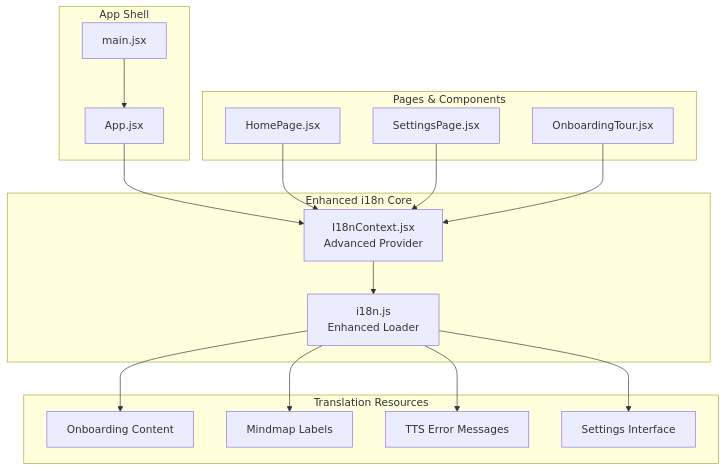
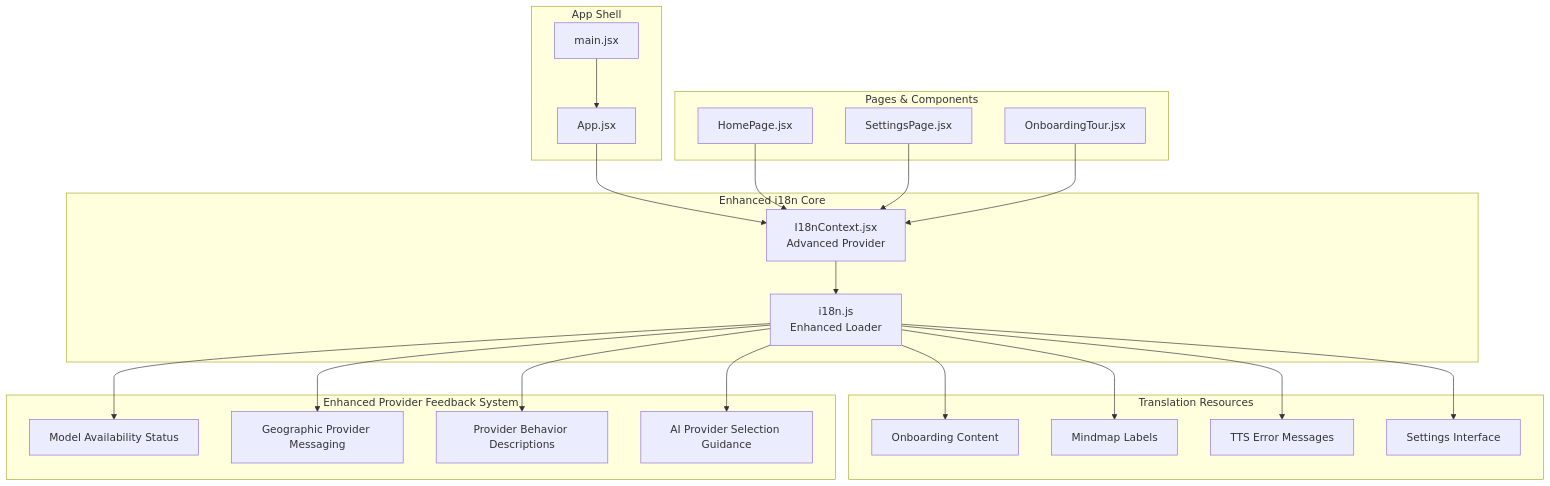
The first of 5 diagrams in .qoder/repowiki/en/content/Utility Libraries/Internationalization (i18n).md (zmyeo54/briefroom), drawn with Mermaid before and after one commit. The commit also changed other lines of this file and 42 other files, not shown here.

````diff
--- a/.qoder/repowiki/en/content/Utility Libraries/Internationalization (i18n).md
+++ b/.qoder/repowiki/en/content/Utility Libraries/Internationalization (i18n).md
@@ -46,32 +46,42 @@
 ```mermaid
 graph TB
 subgraph "Enhanced i18n Core"
 I18nJS["i18n.js<br/>Enhanced Loader"]
 I18nCtx["I18nContext.jsx<br/>Advanced Provider"]
 end
 subgraph "Translation Resources"
 Onboarding["Onboarding Content"]
 Mindmap["Mindmap Labels"]
 TTS["TTS Error Messages"]
 Settings["Settings Interface"]
+end
+subgraph "Enhanced Provider Feedback System"
+ModelStatus["Model Availability Status"]
+RegionalMessaging["Geographic Provider Messaging"]
+BehaviorDescriptions["Provider Behavior Descriptions"]
+SelectionGuidance["AI Provider Selection Guidance"]
 end
 subgraph "App Shell"
 Main["main.jsx"]
 App["App.jsx"]
 end
 subgraph "Pages & Components"
 Home["HomePage.jsx"]
 SettingsPage["SettingsPage.jsx"]
 OnboardingTour["OnboardingTour.jsx"]
 end
 Main --> App
 App --> I18nCtx
 I18nCtx --> I18nJS
 I18nJS --> Onboarding
 I18nJS --> Mindmap
 I18nJS --> TTS
 I18nJS --> Settings
+I18nJS --> ModelStatus
+I18nJS --> RegionalMessaging
+I18nJS --> BehaviorDescriptions
+I18nJS --> SelectionGuidance
 Home --> I18nCtx
 SettingsPage --> I18nCtx
 OnboardingTour --> I18nCtx
 ```
````
